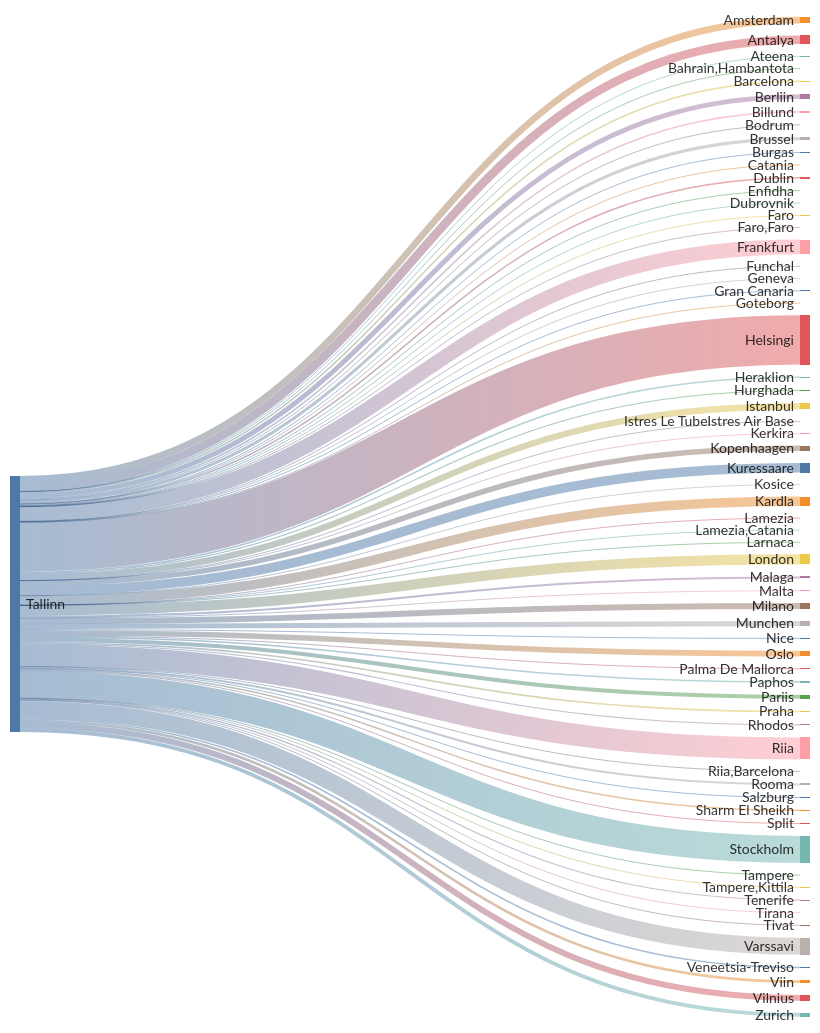
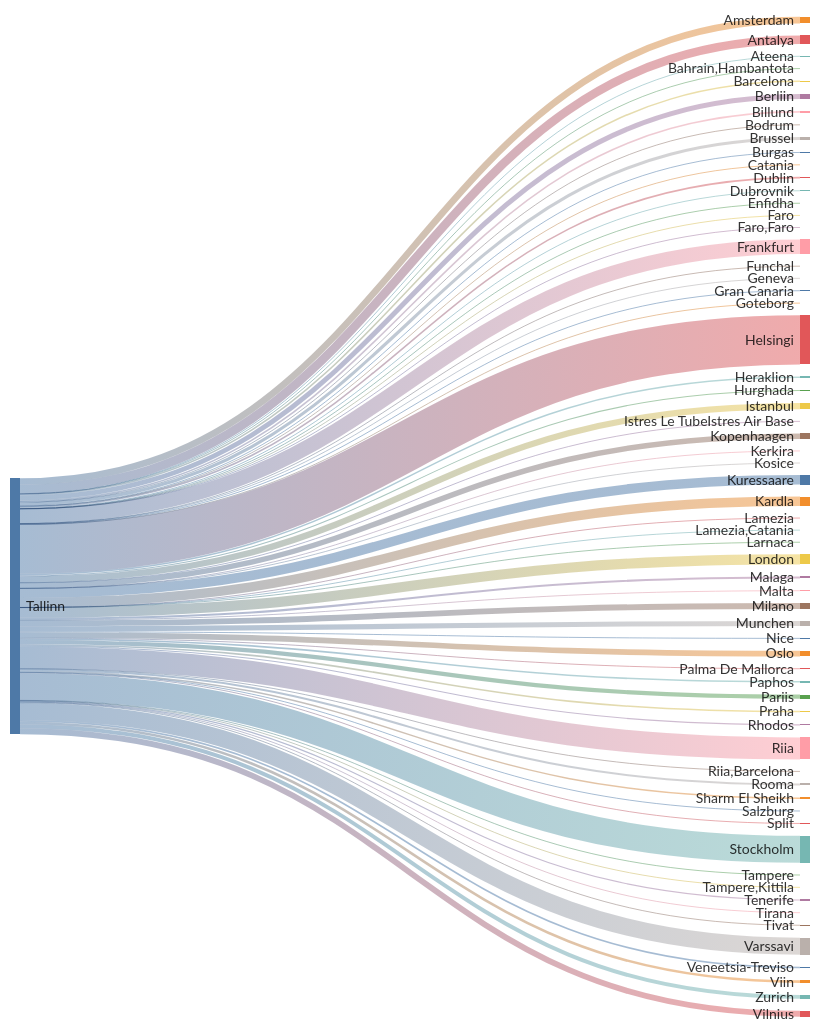
Before and after one commit to rainermesi/tll-airport-departures: the second of 2 diagrams in README.md, drawn with Mermaid. The commit also changed other lines of this file, not shown here.

````diff
--- a/README.md
+++ b/README.md
@@ -34,76 +34,76 @@
 ```mermaid
 ---
 config:
   sankey:
     showValues: false
     width: 800
     height: 1000
 ---
 sankey-beta
 %% source,target,value
-Tallinn,Amsterdam,201
+Tallinn,Amsterdam,203
 Tallinn,Antalya,264
 Tallinn,Ateena,16
 Tallinn,"Bahrain,Hambantota",1
 Tallinn,Barcelona,47
-Tallinn,Berliin,150
+Tallinn,Berliin,151
 Tallinn,Billund,49
 Tallinn,Bodrum,11
 Tallinn,Brussel,95
 Tallinn,Burgas,21
 Tallinn,Catania,2
 Tallinn,Dublin,48
 Tallinn,Dubrovnik,21
 Tallinn,Enfidha,7
 Tallinn,Faro,4
 Tallinn,"Faro,Faro",1
-Tallinn,Frankfurt,444
+Tallinn,Frankfurt,447
 Tallinn,Funchal,5
 Tallinn,Geneva,3
 Tallinn,Gran Canaria,23
 Tallinn,Goteborg,1
-Tallinn,Helsingi,1502
+Tallinn,Helsingi,1511
 Tallinn,Heraklion,46
 Tallinn,Hurghada,32
-Tallinn,Istanbul,193
+Tallinn,Istanbul,194
 Tallinn,Istres Le TubeIstres Air Base,2
 Tallinn,Kerkira,4
-Tallinn,Kopenhaagen,167
+Tallinn,Kopenhaagen,168
 Tallinn,Kosice,1
-Tallinn,Kuressaare,289
-Tallinn,Kardla,289
+Tallinn,Kuressaare,291
+Tallinn,Kardla,291
 Tallinn,Lamezia,1
 Tallinn,"Lamezia,Catania",3
 Tallinn,Larnaca,4
-Tallinn,London,309
-Tallinn,Malaga,61
+Tallinn,London,311
+Tallinn,Malaga,62
 Tallinn,Malta,15
-Tallinn,Milano,181
+Tallinn,Milano,182
 Tallinn,Munchen,155
 Tallinn,Nice,25
-Tallinn,Oslo,172
+Tallinn,Oslo,173
 Tallinn,Palma De Mallorca,19
-Tallinn,Paphos,47
-Tallinn,Pariis,126
+Tallinn,Paphos,48
+Tallinn,Pariis,127
 Tallinn,Praha,49
 Tallinn,Rhodos,32
-Tallinn,Riia,670
+Tallinn,Riia,674
 Tallinn,"Riia,Barcelona",1
 Tallinn,Rooma,61
 Tallinn,Salzburg,4
 Tallinn,Sharm El Sheikh,46
 Tallinn,Split,25
-Tallinn,Stockholm,820
+Tallinn,Stockholm,823
 Tallinn,Tampere,17
 Tallinn,"Tampere,Kittila",4
-Tallinn,Tenerife,34
+Tallinn,Tenerife,35
 Tallinn,Tirana,8
 Tallinn,Tivat,26
-Tallinn,Varssavi,519
-Tallinn,Veneetsia-Treviso,48
-Tallinn,Viin,79
-Tallinn,Vilnius,180
-Tallinn,Zurich,120
+Tallinn,Varssavi,522
+Tallinn,Veneetsia-Treviso,49
+Tallinn,Viin,80
+Tallinn,Vilnius,181
+Tallinn,Zurich,121
 
 
 ```
````
